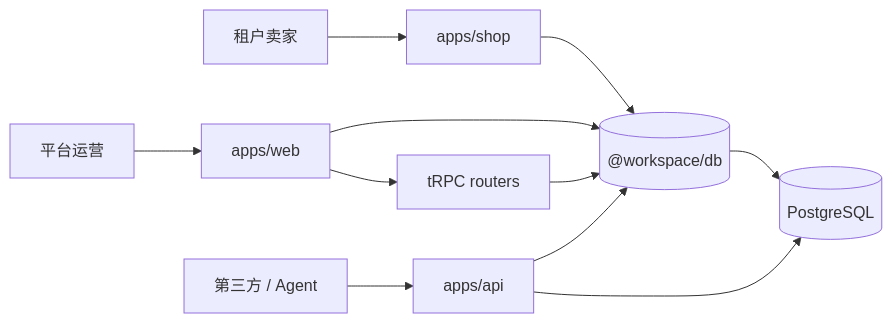
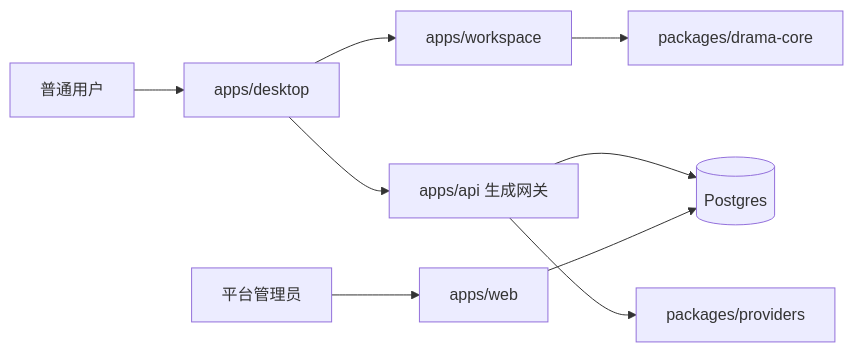
The diagram in README.md (metacode0602/vercelai-kaijing), drawn with Mermaid before and after one commit. The commit also changed other lines of this file and 1499 other files, not shown here.

````diff
--- a/README.md
+++ b/README.md
@@ -39,11 +26,11 @@
 ```mermaid
 flowchart LR
-    T["租户卖家"] --> S["apps/shop"]
-    O["平台运营"] --> W["apps/web"]
-    D["第三方 / Agent"] --> A["apps/api"]
-    S & W & A --> DB[("@workspace/db")]
-    W --> R["tRPC routers"]
-    R --> DB
-    A --> P[("PostgreSQL")]
-    DB --> P
+  User["普通用户"] --> Desktop["apps/desktop"]
+  Desktop --> Workspace["apps/workspace"]
+  Workspace --> Drama["packages/drama-core"]
+  Desktop --> API["apps/api 生成网关"]
+  Admin["平台管理员"] --> Web["apps/web"]
+  API --> DB[("Postgres")]
+  Web --> DB
+  API --> Providers["packages/providers"]
 ```
````
